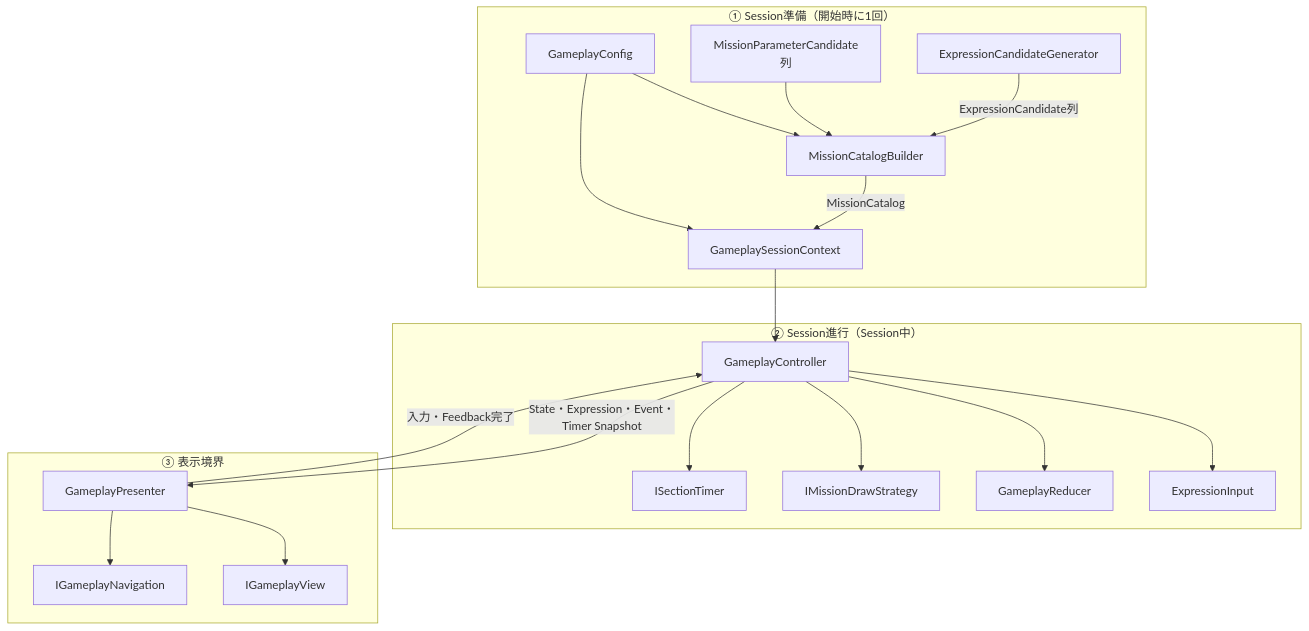
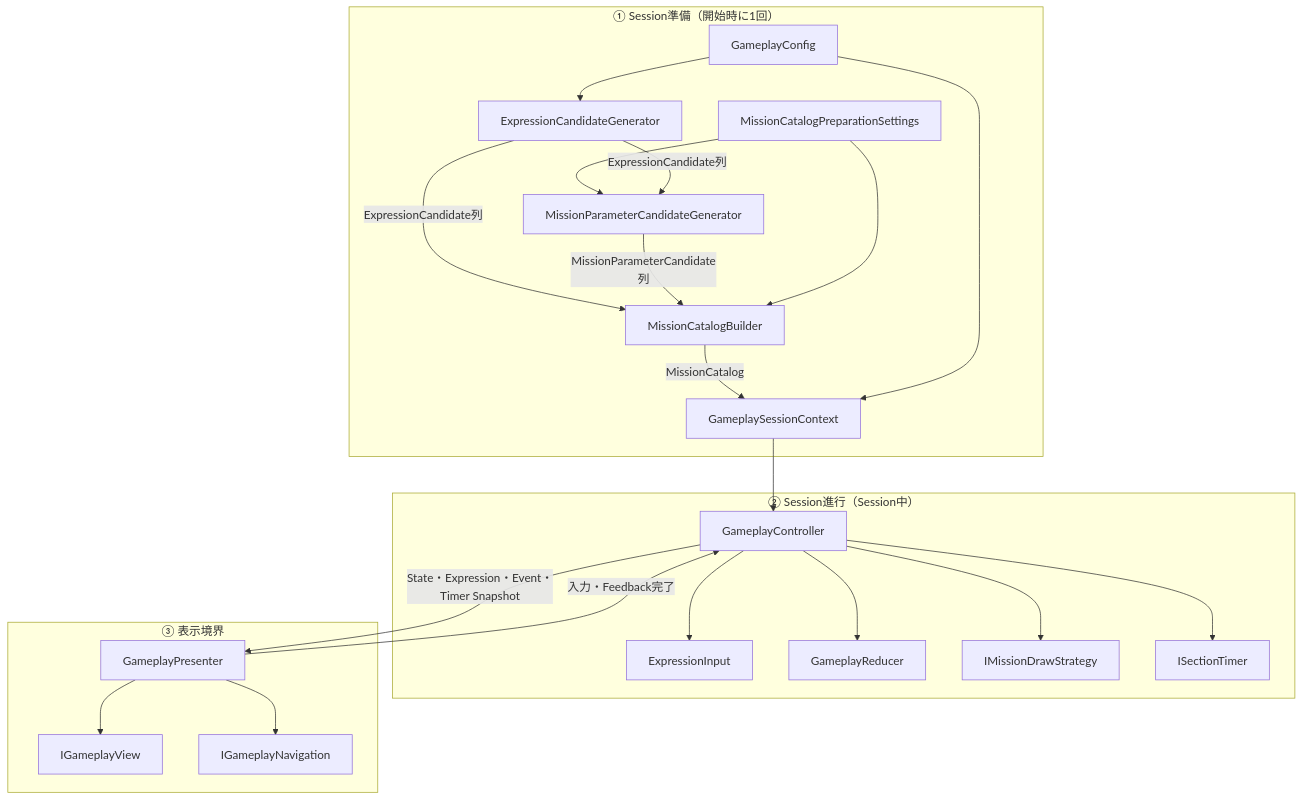
Before and after one commit to MicomProcedure/change-change-change: the second of 13 diagrams in docs/architecture/core/core-logic-overview.md, drawn with Mermaid. The commit also changed other lines of this file and 13 other files, not shown here.

````diff
--- a/docs/architecture/core/core-logic-overview.md
+++ b/docs/architecture/core/core-logic-overview.md
@@ -53,39 +53,43 @@
 ```mermaid
 flowchart TB
     subgraph Setup["① Session準備（開始時に1回）"]
         Config[GameplayConfig]
-        Params[MissionParameterCandidate列]
-        Generator[ExpressionCandidateGenerator]
+        Preparation[MissionCatalogPreparationSettings]
+        ExpressionGenerator[ExpressionCandidateGenerator]
+        ParameterGenerator[MissionParameterCandidateGenerator]
         Builder[MissionCatalogBuilder]
         Context[GameplaySessionContext]
-        Config --> Builder
-        Params --> Builder
-        Generator -->|ExpressionCandidate列| Builder
+        Config --> ExpressionGenerator
+        Preparation --> ParameterGenerator
+        ExpressionGenerator -->|ExpressionCandidate列| ParameterGenerator
+        ExpressionGenerator -->|ExpressionCandidate列| Builder
+        ParameterGenerator -->|MissionParameterCandidate列| Builder
+        Preparation --> Builder
         Builder -->|MissionCatalog| Context
         Config --> Context
     end
 
     subgraph Play["② Session進行（Session中）"]
         Controller[GameplayController]
         Input[ExpressionInput]
         Reducer[GameplayReducer]
         Draw[IMissionDrawStrategy]
         Timer[ISectionTimer]
         Controller --> Input
         Controller --> Reducer
         Controller --> Draw
         Controller --> Timer
     end
 
     subgraph Output["③ 表示境界"]
         Presenter[GameplayPresenter]
         View[IGameplayView]
         Navigation[IGameplayNavigation]
         Presenter --> View
         Presenter --> Navigation
     end
 
     Context --> Controller
     Controller -->|State・Expression・Event・Timer Snapshot| Presenter
     Presenter -->|入力・Feedback完了| Controller
 ```
````
